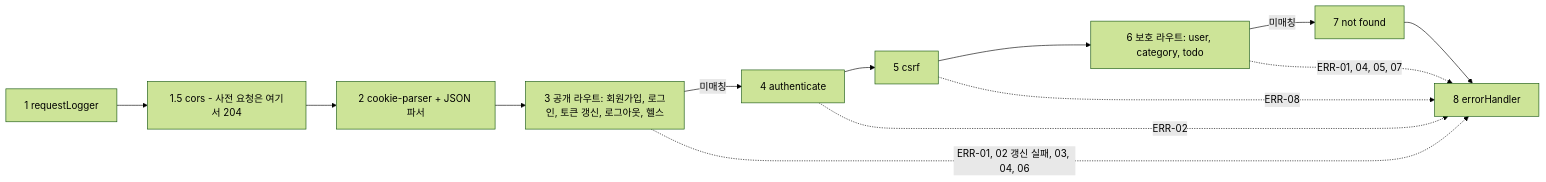
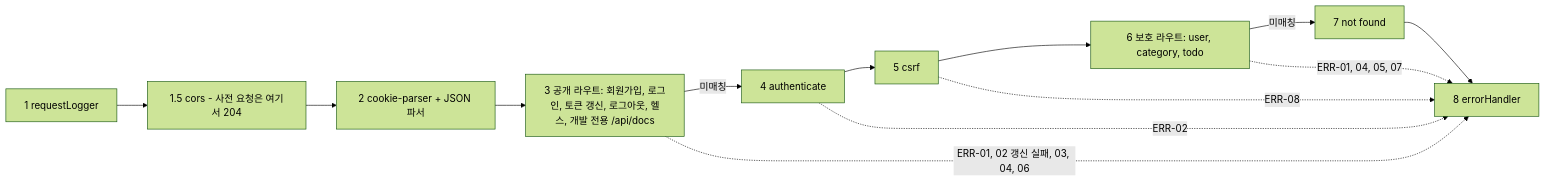
The second of 13 diagrams in docs/6-arch-diagram.md (Palbok-Kim/todolist-app), drawn with Mermaid (forest theme) before and after one commit. The commit also changed other lines of this file and 101 other files, not shown here.

````diff
--- a/docs/6-arch-diagram.md
+++ b/docs/6-arch-diagram.md
@@ -93,15 +95,15 @@
 ```mermaid
 flowchart LR
     M1["1 requestLogger"] --> MC["1.5 cors - 사전 요청은 여기서 204"]
     MC --> M2["2 cookie-parser + JSON 파서"]
-    M2 --> M3["3 공개 라우트: 회원가입, 로그인, 토큰 갱신, 로그아웃, 헬스"]
+    M2 --> M3["3 공개 라우트: 회원가입, 로그인, 토큰 갱신, 로그아웃, 헬스, 개발 전용 /api/docs"]
     M3 -- "미매칭" --> M4["4 authenticate"]
     M4 --> M5["5 csrf"]
     M5 --> M6["6 보호 라우트: user, category, todo"]
     M6 -- "미매칭" --> M7["7 not found"]
     M7 --> M8["8 errorHandler"]
     M3 -. "ERR-01, 02 갱신 실패, 03, 04, 06" .-> M8
     M4 -. "ERR-02" .-> M8
     M5 -. "ERR-08" .-> M8
     M6 -. "ERR-01, 04, 05, 07" .-> M8
 ```
````
